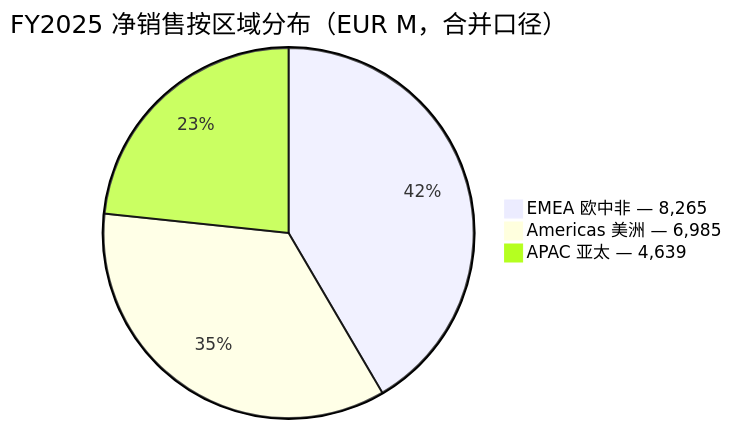
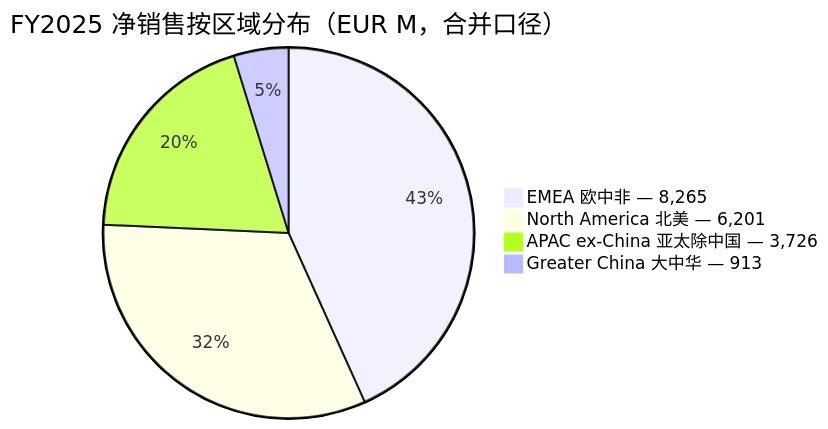
One commit to dadachundan/financial_agent changed the third of 4 diagrams in reports/company/Nokia_NYSE_NOK/Nokia_NYSE_NOK_公司研究.md. Above: the diagram before and after it, drawn with Mermaid. The commit also changed other lines of this file and 9 other files, not shown here.

First line of the commit message:
feat(company-research): refresh Nokia (NOK) to current spec — decision layer + 9 SVG charts

````diff
--- a/reports/company/Nokia_NYSE_NOK/Nokia_NYSE_NOK_公司研究.md
+++ b/reports/company/Nokia_NYSE_NOK/Nokia_NYSE_NOK_公司研究.md
@@ -218,6 +758,7 @@
 ```mermaid
 pie title FY2025 净销售按区域分布（EUR M，合并口径）
     "EMEA 欧中非 — 8,265" : 8265
-    "Americas 美洲 — 6,985" : 6985
-    "APAC 亚太 — 4,639" : 4639
+    "North America 北美 — 6,201" : 6201
+    "APAC ex-China 亚太除中国 — 3,726" : 3726
+    "Greater China 大中华 — 913" : 913
 ```
````
